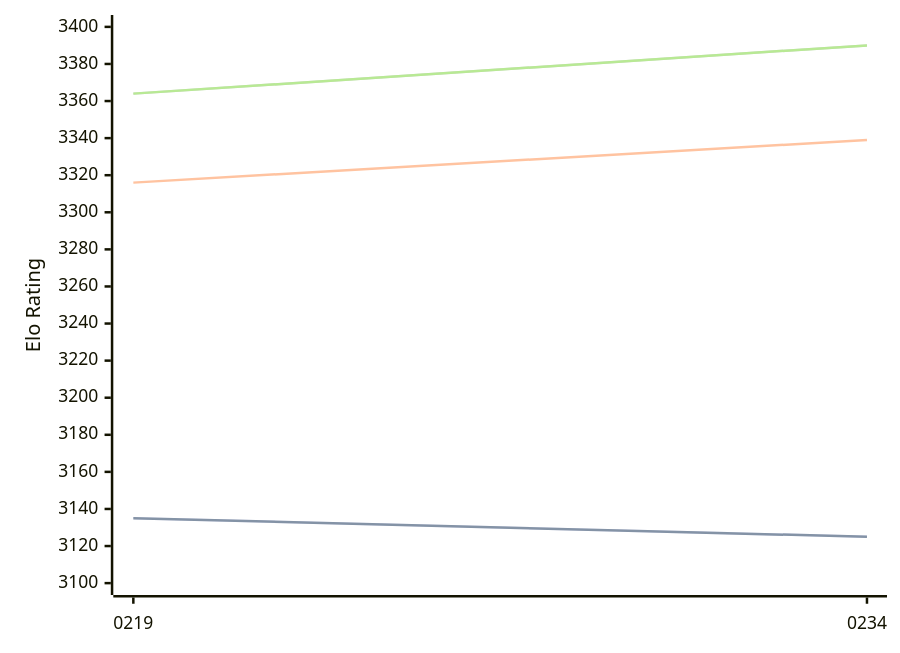
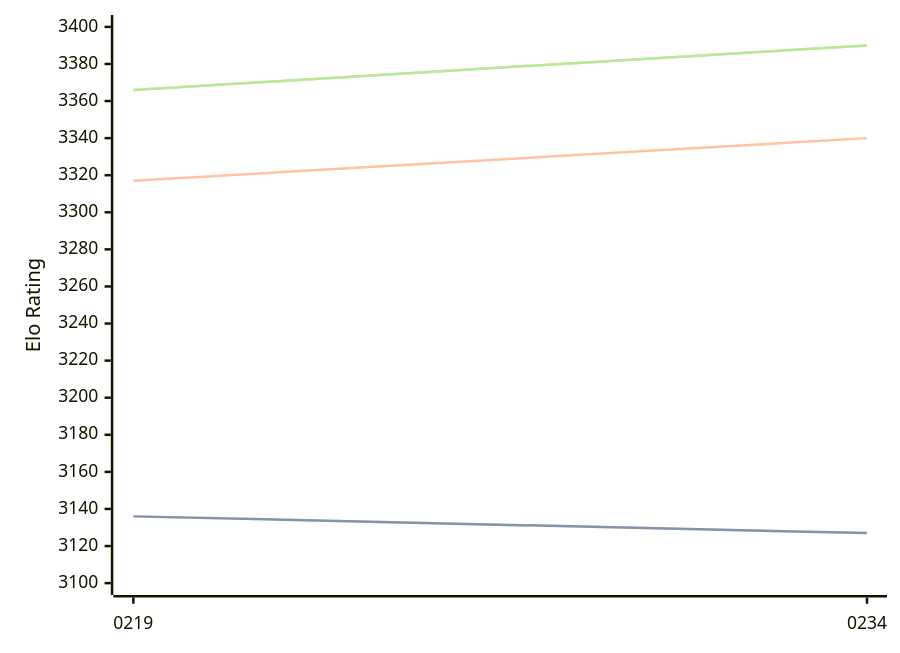
One commit to computer-chess-index/cci changed the diagram in engines/Ynode.md. Above: the diagram before and after it, drawn with Mermaid. The commit also changed other lines of this file, not shown here.

Commit message:
Update CCI Ratings (ELO VLTC) - 2026-08-20

````diff
--- a/engines/Ynode.md
+++ b/engines/Ynode.md
@@ -32,11 +32,11 @@
 ```mermaid
 %%{init: {"theme":"base","themeVariables":{"seriesColors:['#a3a3a3','#222221','#faa371']}}}%%
 xychart-beta
   x-axis ["0219", "0234"]
   y-axis "Elo Rating" 3100 --> 3400
-  line "STC (8.0+0.08s)" [3135, 3125]
-  line "STC (8.0+0.08s)" [3135, 3125]
-  line "LTC (60.0+0.60s)" [3316, 3339]
-  line "VLTC (2m24s+1.12s)" [3364, 3390]
-  line "VLTC (2m24s+1.12s)" [3364, 3390]
+  line "STC (8.0+0.08s)" [3136, 3127]
+  line "STC (8.0+0.08s)" [3136, 3127]
+  line "LTC (60.0+0.60s)" [3317, 3340]
+  line "VLTC (2m24s+1.12s)" [3366, 3390]
+  line "VLTC (2m24s+1.12s)" [3366, 3390]
 ```
````
